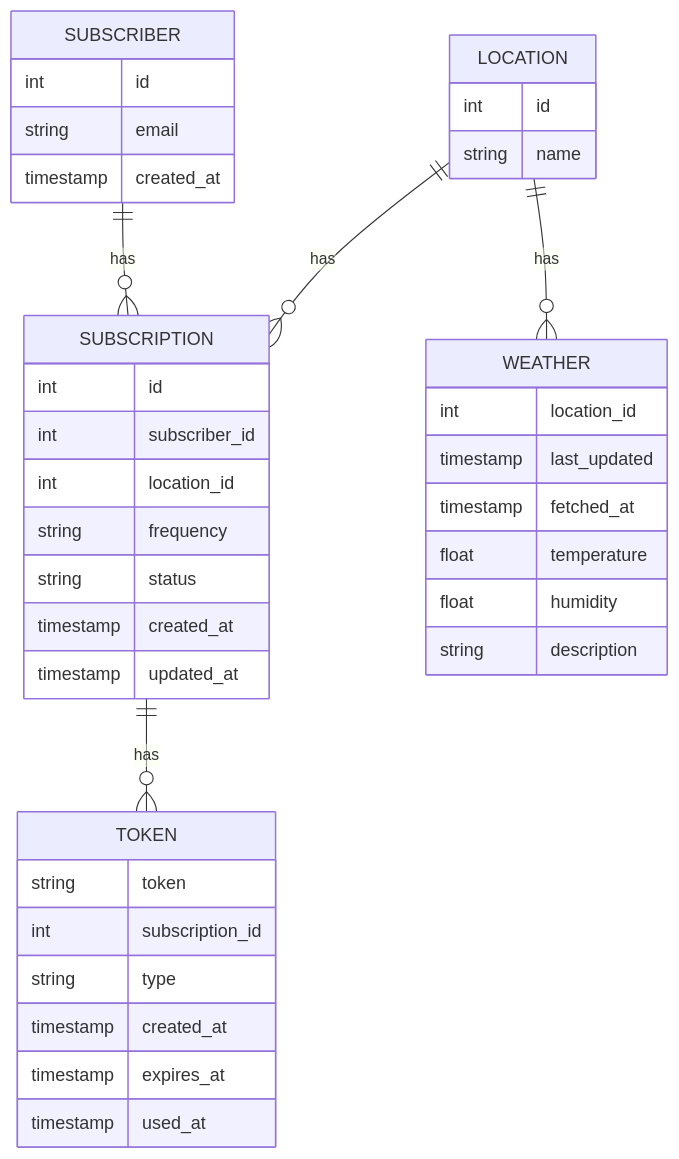
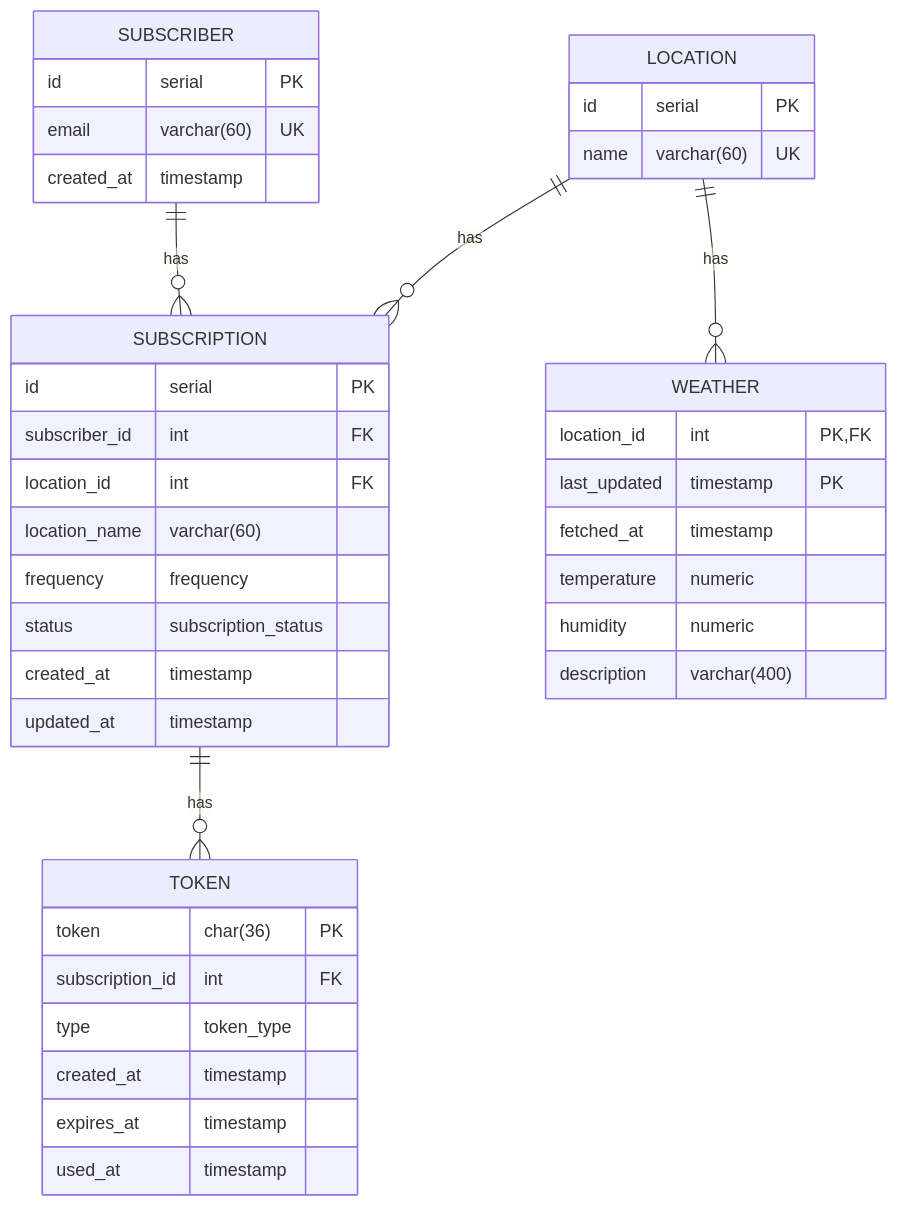
Before and after one commit to GenesisEducationKyiv/software-engineering-school-5-0-denyshuzovskyi: the first of 4 diagrams in docs/sd/system-design.md, drawn with Mermaid. The commit also changed other lines of this file, not shown here.

Commit message:
feat: improve ER diagram

````diff
--- a/docs/sd/system-design.md
+++ b/docs/sd/system-design.md
@@ -53,46 +53,47 @@
 ```mermaid
 erDiagram
     LOCATION ||--o{ SUBSCRIPTION : "has"
     LOCATION ||--o{ WEATHER : "has"
     SUBSCRIBER ||--o{ SUBSCRIPTION : "has"
     SUBSCRIPTION ||--o{ TOKEN : "has"
 
     LOCATION {
-        int id
-        string name
+        id serial PK
+        name varchar(60) UK
     }
 
     SUBSCRIBER {
-        int id
-        string email
-        timestamp created_at
+        id serial PK
+        email varchar(60) UK
+        created_at timestamp
     }
 
     SUBSCRIPTION {
-        int id
-        int subscriber_id
-        int location_id
-        string frequency
-        string status
-        timestamp created_at
-        timestamp updated_at
+        id serial PK
+        subscriber_id int FK
+        location_id int FK
+        location_name varchar(60)
+        frequency frequency
+        status subscription_status
+        created_at timestamp
+        updated_at timestamp
     }
 
     TOKEN {
-        string token
-        int subscription_id
-        string type
-        timestamp created_at
-        timestamp expires_at
-        timestamp used_at
+        token char(36) PK
+        subscription_id int FK
+        type token_type
+        created_at timestamp
+        expires_at timestamp
+        used_at timestamp
     }
 
     WEATHER {
-        int location_id
-        timestamp last_updated
-        timestamp fetched_at
-        float temperature
-        float humidity
-        string description
+        location_id int PK,FK
+        last_updated timestamp PK
+        fetched_at timestamp
+        temperature numeric
+        humidity numeric
+        description varchar(400)
     }
 ```
````
